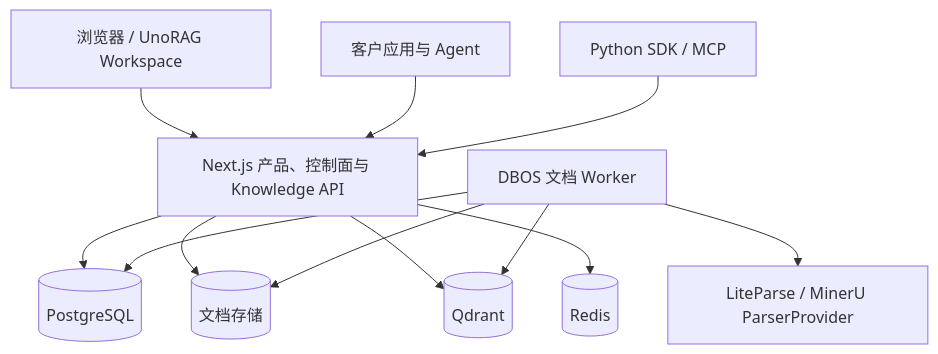
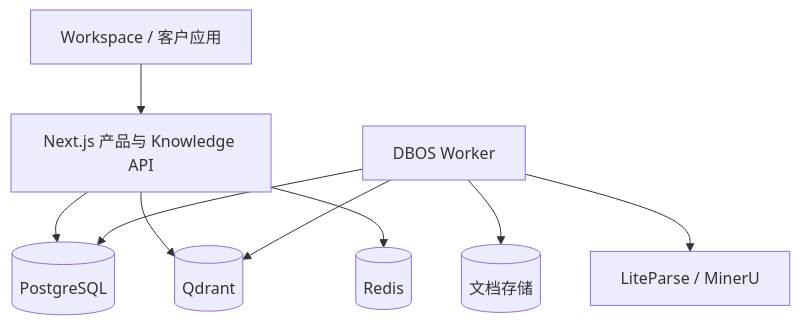
The second of 2 diagrams in README.zh-CN.md (codexlin/UnoRAG), drawn with Mermaid before and after one commit. The commit also changed other lines of this file and 61 other files, not shown here.

Commit message:
docs: present UnoRAG as a private enterprise product

````diff
--- a/README.zh-CN.md
+++ b/README.zh-CN.md
@@ -106,25 +86,11 @@
 ```mermaid
 flowchart TB
-    Browser["浏览器 / UnoRAG Workspace"]
-    Apps["客户应用与 Agent"]
-    SDK["Python SDK / MCP"]
-    Web["Next.js 产品、控制面与 Knowledge API"]
-    Worker["DBOS 文档 Worker"]
-    Parser["LiteParse / MinerU ParserProvider"]
-    PG[("PostgreSQL")]
-    QD[("Qdrant")]
-    Redis[("Redis")]
-    Files[("文档存储")]
-
-    Browser --> Web
-    Apps --> Web
-    SDK --> Web
-    Web --> PG
-    Web --> Files
-    Web --> QD
-    Web --> Redis
-    Worker --> PG
-    Worker --> Files
+    Users["Workspace / 客户应用"] --> Web["Next.js 产品与 Knowledge API"]
+    Web --> PG[("PostgreSQL")]
+    Web --> QD[("Qdrant")]
+    Web --> Redis[("Redis")]
+    Worker["DBOS Worker"] --> PG
     Worker --> QD
-    Worker --> Parser
+    Worker --> Files[("文档存储")]
+    Worker --> Parser["LiteParse / MinerU"]
 ```
````
